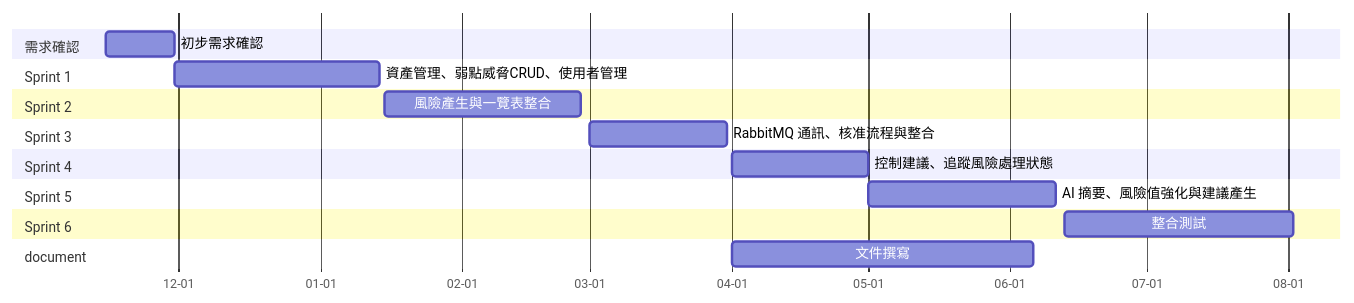
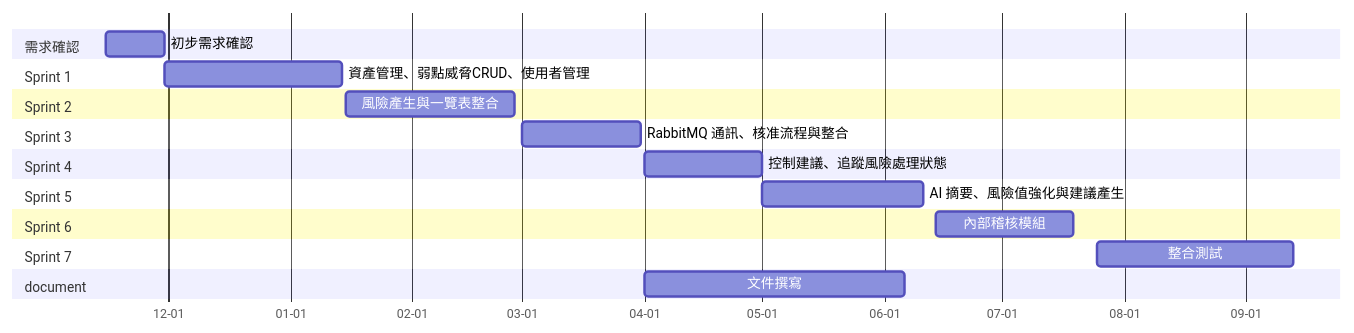
Before and after one commit to walle45611/NTUB_SecuManag_Diagram: the diagram in wiki/gantt.md, drawn with Mermaid.

Commit message:
(modify): gantt diagram modify schedule

````diff
--- a/wiki/gantt.md
+++ b/wiki/gantt.md
@@ -1,21 +1,23 @@
 ```mermaid
 gantt
     dateFormat  MM-DD
     axisFormat  %m-%d
     section 需求確認
         初步需求確認: 2024-11-15, 15d
     section Sprint 1
         資產管理、弱點威脅CRUD、使用者管理: 2024-11-30, 45d
     section Sprint 2
         風險產生與一覽表整合       :01-15, 43d
     section Sprint 3
         RabbitMQ 通訊、核准流程與整合       :03-01, 30d
     section Sprint 4
         控制建議、追蹤風險處理狀態:04-01, 30d
     section Sprint 5
         AI 摘要、風險值強化與建議產生:05-01, 41d
     section Sprint 6
-        整合測試         :06-13, 50d
+        內部稽核模組: 06-14, 35d
+    section Sprint 7
+        整合測試         :07-25, 50d
     section document
         文件撰寫         :04-01, 66d
 ```
````
